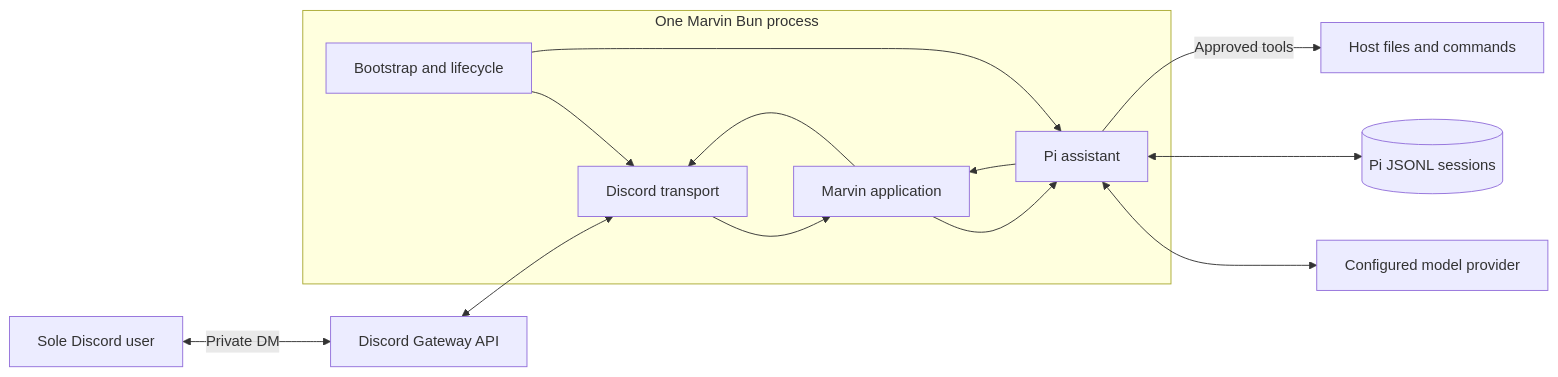
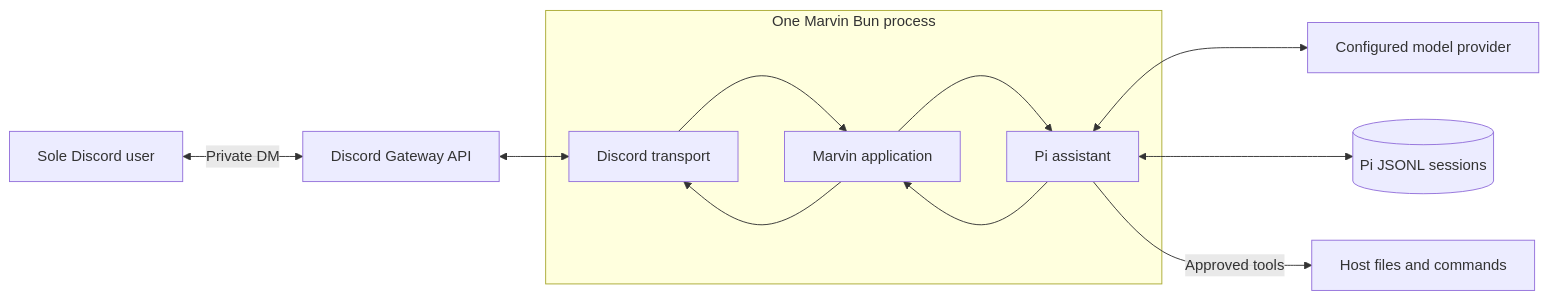
One commit to RashikShahjahan/Marvin changed the first of 3 diagrams in architecture.md. Above: the diagram before and after it, drawn with Mermaid. The commit also changed other lines of this file and 16 other files, not shown here.

````diff
--- a/architecture.md
+++ b/architecture.md
@@ -31,26 +31,22 @@
 ```mermaid
 flowchart LR
   User[Sole Discord user] <-->|Private DM| Discord[Discord Gateway API]
   Provider[Configured model provider]
   Sessions[(Pi JSONL sessions)]
   Host[Host files and commands]
 
   subgraph Process[One Marvin Bun process]
     Transport[Discord transport]
     App[Marvin application]
     Pi[Pi assistant]
-    Lifecycle[Bootstrap and lifecycle]
-
     Transport --> App
     App --> Pi
     Pi --> App
     App --> Transport
-    Lifecycle --> Transport
-    Lifecycle --> Pi
   end
 
   Discord <--> Transport
   Pi <--> Provider
   Pi <--> Sessions
   Pi -->|Approved tools| Host
 ```
````
